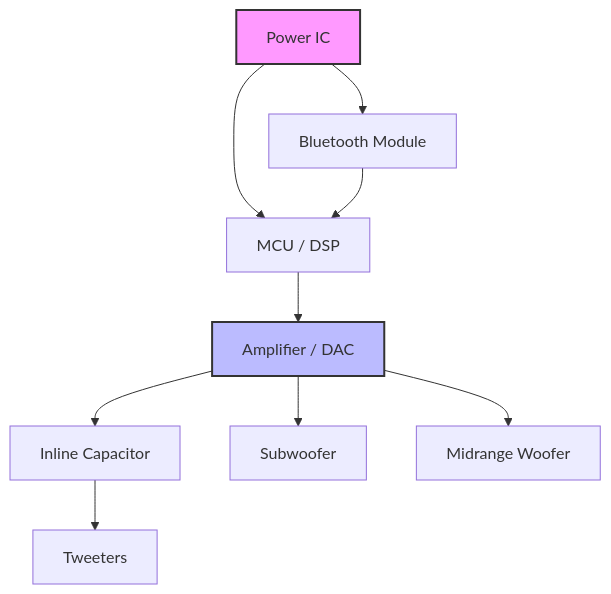
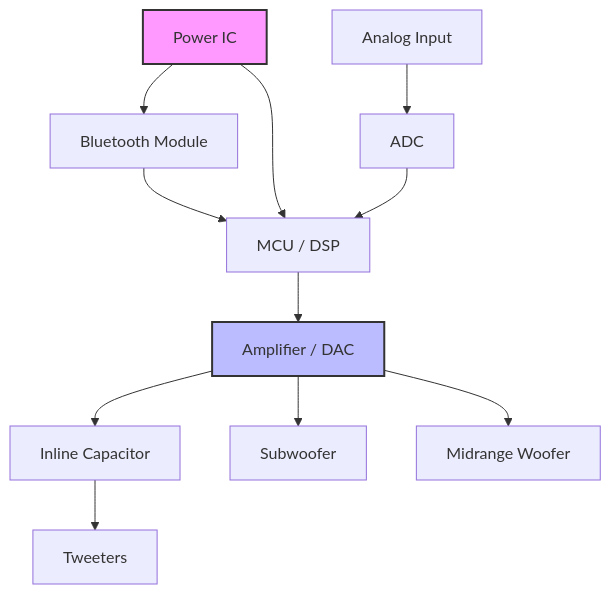
Before and after one commit to dhairs/College-Notes: the diagram in Projects/Speaker/DIY High-Fidelity (HiFi) Speaker Design.md, drawn with Mermaid. The commit also changed other lines of this file, not shown here.

Commit message:
MacBook Pro vault backup on 2026-03-16 22:30:07
Affected files:
Projects/Speaker/DIY High-Fidelity (HiFi) Speaker Design.md

````diff
--- a/Projects/Speaker/DIY High-Fidelity (HiFi) Speaker Design.md
+++ b/Projects/Speaker/DIY High-Fidelity (HiFi) Speaker Design.md
@@ -4,18 +4,20 @@
 ```mermaid
 graph TD
     %% Power Distribution
     PowerIC[Power IC] --> BT[Bluetooth Module]
     PowerIC --> MCU[MCU / DSP]
-
+	
+	AI[Analog Input] --> ADC
+	ADC --> MCU
     BT --> MCU
     MCU --> AmpDAC[Amplifier / DAC]
 
     AmpDAC --> Cap[Inline Capacitor]
     Cap --> Tweeters[Tweeters]
     
     AmpDAC --> Sub[Subwoofer]
     AmpDAC --> Mid[Midrange Woofer]
 
     style PowerIC fill:#f9f,stroke:#333,stroke-width:2px
     style AmpDAC fill:#bbf,stroke:#333,stroke-width:2px
 ```
````
